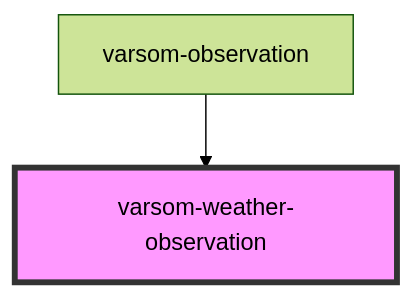
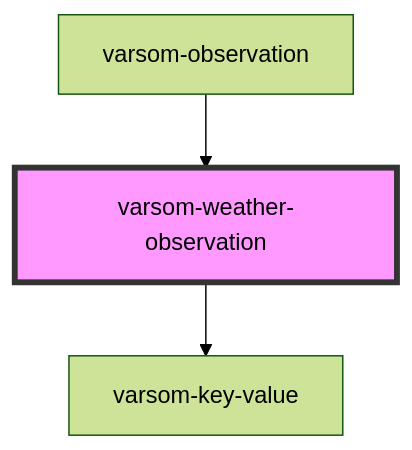
The diagram in observasjonskort/src/components/varsom-weather-observation/readme.md (NVE/varsom-observation), drawn with Mermaid (forest theme) before and after one commit. The commit also changed other lines of this file and 4 other files, not shown here.

````diff
--- a/observasjonskort/src/components/varsom-weather-observation/readme.md
+++ b/observasjonskort/src/components/varsom-weather-observation/readme.md
@@ -30,5 +34,6 @@
 ```mermaid
 graph TD;
+  varsom-weather-observation --> varsom-key-value
   varsom-observation --> varsom-weather-observation
   style varsom-weather-observation fill:#f9f,stroke:#333,stroke-width:4px
 ```
````
